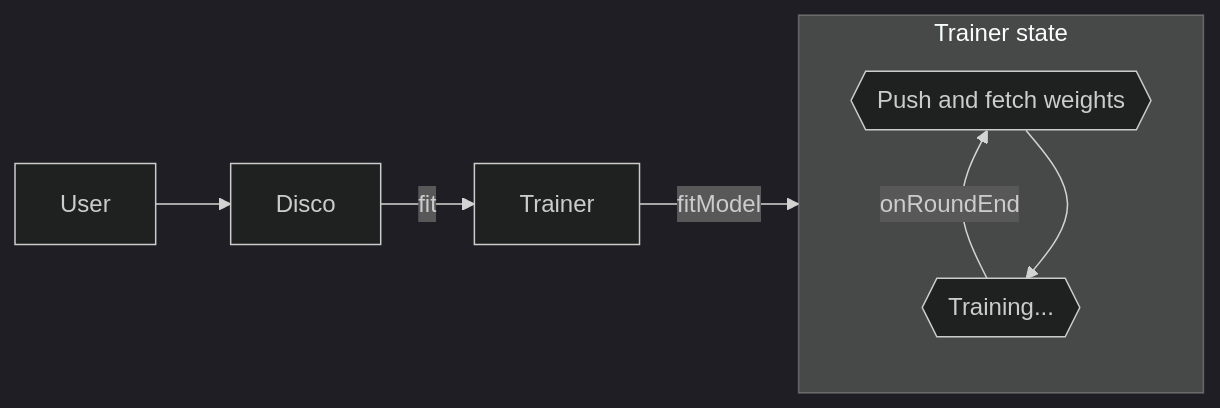
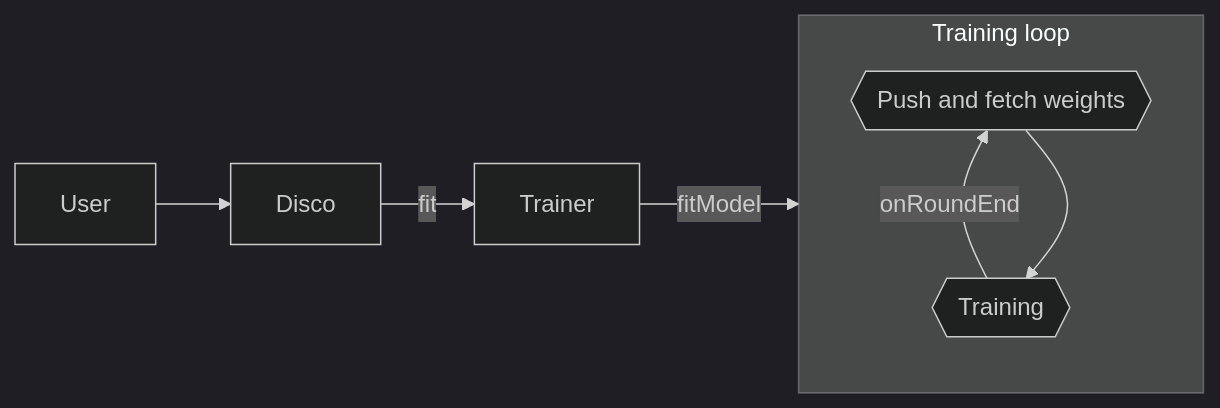
Before and after one commit to epfml/disco: the second of 4 diagrams in docs/DISCOJS.md, drawn with Mermaid (dark theme). The commit also changed other lines of this file, not shown here.

````diff
--- a/docs/DISCOJS.md
+++ b/docs/DISCOJS.md
@@ -148,9 +145,9 @@
 ```mermaid
 flowchart LR
     User-->Disco-->|fit|Trainer-->|fitModel|state
-    subgraph state [Trainer state]
+    subgraph state [Training loop]
     direction BT
-    id1{{Training...}}-->|onRoundEnd|id2{{Push and fetch weights}}
+    id1{{Training}}-->|onRoundEnd|id2{{Push and fetch weights}}
     id2-->id1
     end
 ```
````
